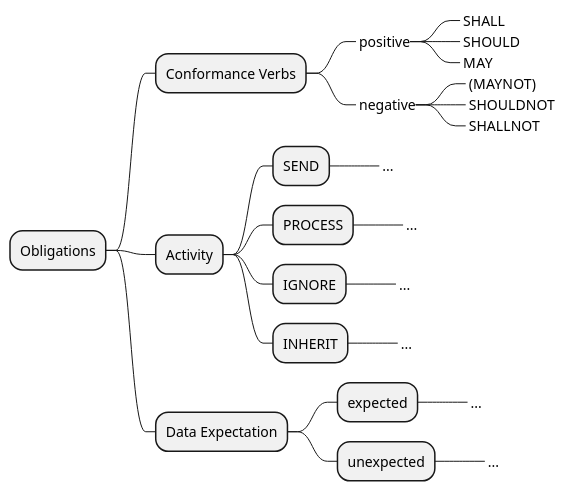
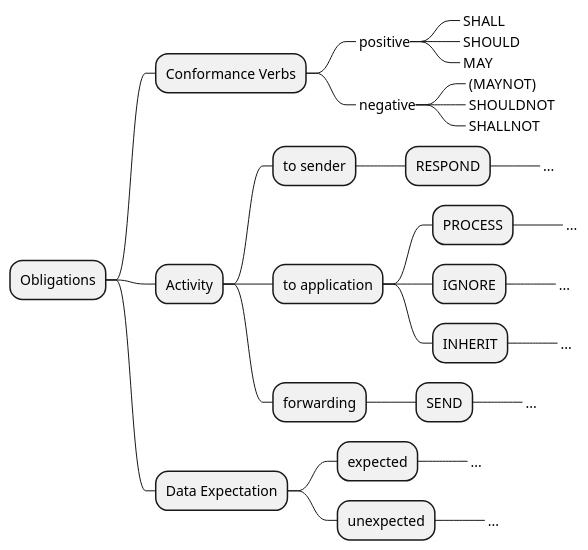
The diagram in input/images-source/Obligation_mm.plantuml (frankoemig/ack-ig), drawn with PlantUML before and after one commit. The commit also changed 6 other files, not shown here.

```diff
--- a/input/images-source/Obligation_mm.plantuml
+++ b/input/images-source/Obligation_mm.plantuml
@@ -1,31 +1,36 @@
 @startmindmap
 
 + Obligations
 
 ++ Conformance Verbs
 +++_ positive
 ++++_ SHALL
 ++++_ SHOULD
 ++++_ MAY
 +++_ negative
 ++++_ (MAYNOT)
 ++++_ SHOULDNOT
 ++++_ SHALLNOT
 
 ++ Activity
-+++ SEND
-++++_ ...
-+++ PROCESS
-++++_ ...
-+++ IGNORE
-++++_ ...
-+++ INHERIT
-++++_ ...
++++ to sender
+++++ RESPOND
++++++_ ...
++++ to application
+++++ PROCESS
++++++_ ...
+++++ IGNORE
++++++_ ...
+++++ INHERIT
++++++_ ...
++++ forwarding
+++++ SEND
++++++_ ...
 
 ++ Data Expectation
 +++ expected
 ++++_ ...
 +++ unexpected
 ++++_ ...
 
 @endmindmap
```
